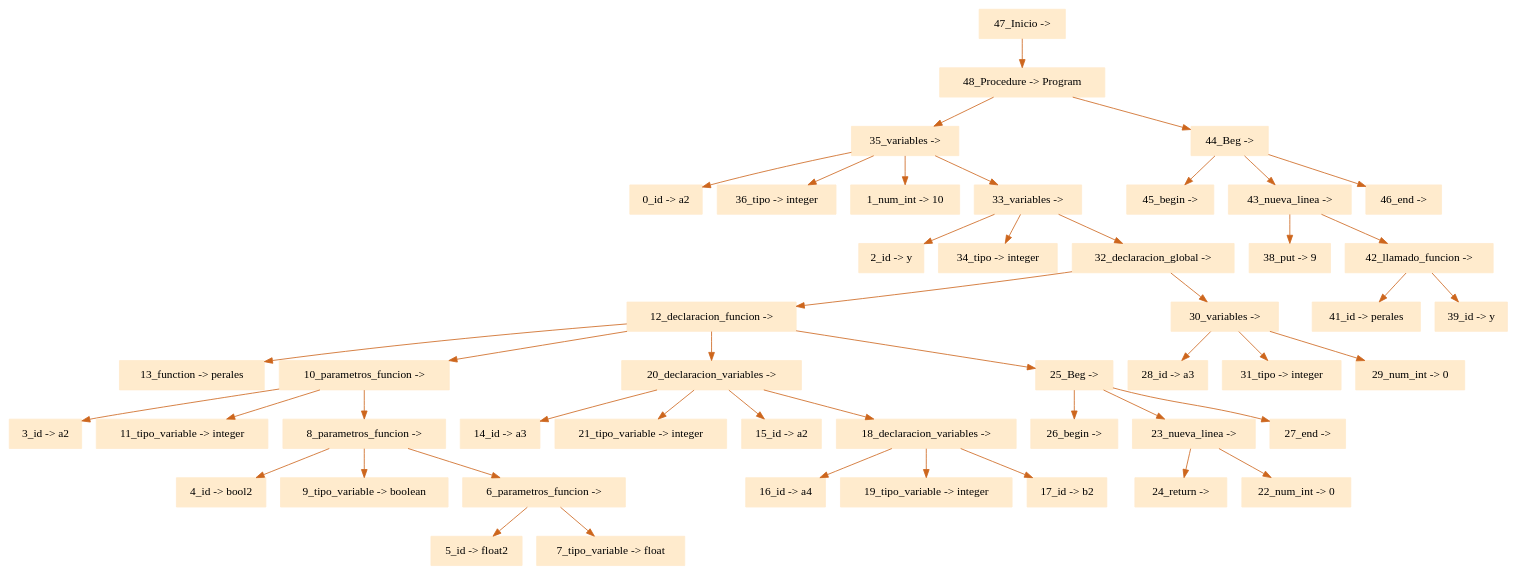
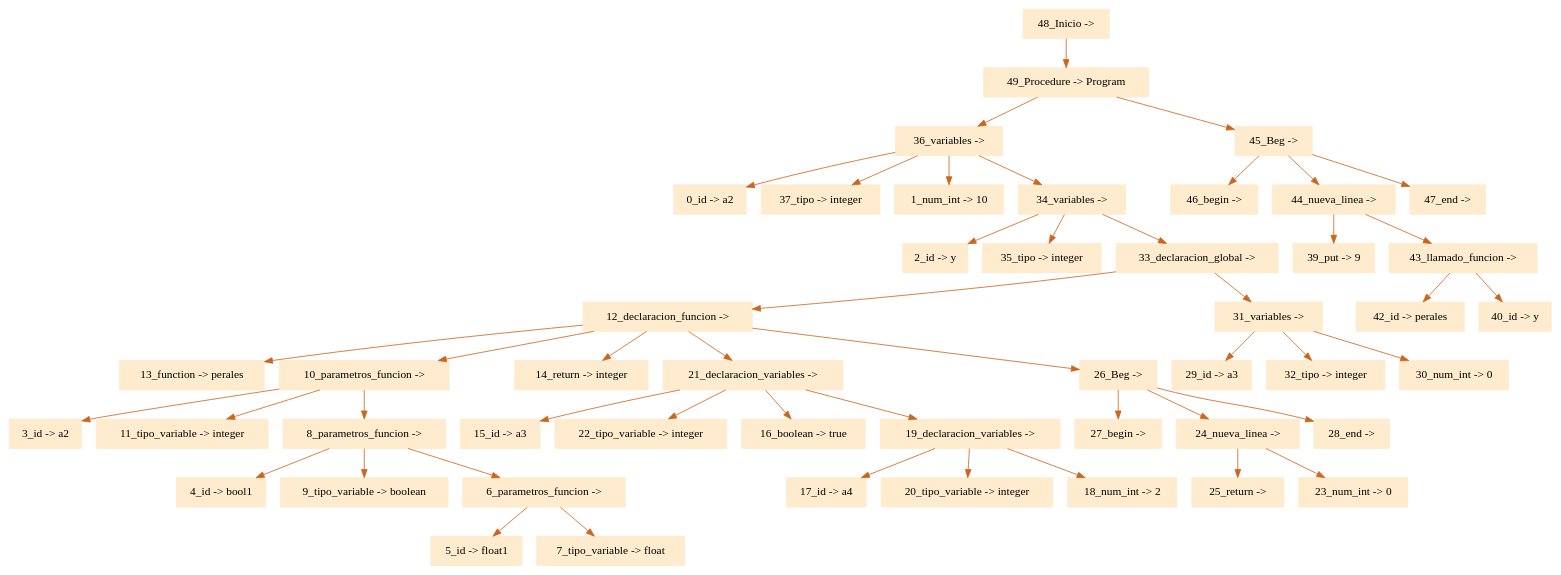
Before and after one commit to eliasgz97/Proyecto_Compiladores: the diagram in ProyectoCompiladores/arbol.dot, drawn with Graphviz. The commit also changed 5 other files, not shown here.

```diff
--- a/ProyectoCompiladores/arbol.dot
+++ b/ProyectoCompiladores/arbol.dot
@@ -1,51 +1,52 @@
 digraph G {node[shape=box, style=filled, color=blanchedalmond]; edge[color=chocolate3];rankdir=UD 
 
-"47_Inicio -> "->"48_Procedure -> Program"
-"48_Procedure -> Program"->"35_variables -> "
-"35_variables -> "->"0_id -> a2"
-"35_variables -> "->"36_tipo -> integer"
-"35_variables -> "->"1_num_int -> 10"
-"35_variables -> "->"33_variables -> "
-"33_variables -> "->"2_id -> y"
-"33_variables -> "->"34_tipo -> integer"
-"33_variables -> "->"32_declaracion_global -> "
-"32_declaracion_global -> "->"12_declaracion_funcion -> "
+"48_Inicio -> "->"49_Procedure -> Program"
+"49_Procedure -> Program"->"36_variables -> "
+"36_variables -> "->"0_id -> a2"
+"36_variables -> "->"37_tipo -> integer"
+"36_variables -> "->"1_num_int -> 10"
+"36_variables -> "->"34_variables -> "
+"34_variables -> "->"2_id -> y"
+"34_variables -> "->"35_tipo -> integer"
+"34_variables -> "->"33_declaracion_global -> "
+"33_declaracion_global -> "->"12_declaracion_funcion -> "
 "12_declaracion_funcion -> "->"13_function -> perales"
 "12_declaracion_funcion -> "->"10_parametros_funcion -> "
 "10_parametros_funcion -> "->"3_id -> a2"
 "10_parametros_funcion -> "->"11_tipo_variable -> integer"
 "10_parametros_funcion -> "->"8_parametros_funcion -> "
-"8_parametros_funcion -> "->"4_id -> bool2"
+"8_parametros_funcion -> "->"4_id -> bool1"
 "8_parametros_funcion -> "->"9_tipo_variable -> boolean"
 "8_parametros_funcion -> "->"6_parametros_funcion -> "
-"6_parametros_funcion -> "->"5_id -> float2"
+"6_parametros_funcion -> "->"5_id -> float1"
 "6_parametros_funcion -> "->"7_tipo_variable -> float"
-"12_declaracion_funcion -> "->"20_declaracion_variables -> "
-"20_declaracion_variables -> "->"14_id -> a3"
-"20_declaracion_variables -> "->"21_tipo_variable -> integer"
-"20_declaracion_variables -> "->"15_id -> a2"
-"20_declaracion_variables -> "->"18_declaracion_variables -> "
-"18_declaracion_variables -> "->"16_id -> a4"
-"18_declaracion_variables -> "->"19_tipo_variable -> integer"
-"18_declaracion_variables -> "->"17_id -> b2"
-"12_declaracion_funcion -> "->"25_Beg -> "
-"25_Beg -> "->"26_begin -> "
-"25_Beg -> "->"23_nueva_linea -> "
-"23_nueva_linea -> "->"24_return -> "
-"23_nueva_linea -> "->"22_num_int -> 0"
-"25_Beg -> "->"27_end -> "
-"32_declaracion_global -> "->"30_variables -> "
-"30_variables -> "->"28_id -> a3"
-"30_variables -> "->"31_tipo -> integer"
-"30_variables -> "->"29_num_int -> 0"
-"48_Procedure -> Program"->"44_Beg -> "
-"44_Beg -> "->"45_begin -> "
-"44_Beg -> "->"43_nueva_linea -> "
-"43_nueva_linea -> "->"38_put -> 9"
-"43_nueva_linea -> "->"42_llamado_funcion -> "
-"42_llamado_funcion -> "->"41_id -> perales"
-"42_llamado_funcion -> "->"39_id -> y"
-"44_Beg -> "->"46_end -> "
+"12_declaracion_funcion -> "->"14_return -> integer"
+"12_declaracion_funcion -> "->"21_declaracion_variables -> "
+"21_declaracion_variables -> "->"15_id -> a3"
+"21_declaracion_variables -> "->"22_tipo_variable -> integer"
+"21_declaracion_variables -> "->"16_boolean -> true"
+"21_declaracion_variables -> "->"19_declaracion_variables -> "
+"19_declaracion_variables -> "->"17_id -> a4"
+"19_declaracion_variables -> "->"20_tipo_variable -> integer"
+"19_declaracion_variables -> "->"18_num_int -> 2"
+"12_declaracion_funcion -> "->"26_Beg -> "
+"26_Beg -> "->"27_begin -> "
+"26_Beg -> "->"24_nueva_linea -> "
+"24_nueva_linea -> "->"25_return -> "
+"24_nueva_linea -> "->"23_num_int -> 0"
+"26_Beg -> "->"28_end -> "
+"33_declaracion_global -> "->"31_variables -> "
+"31_variables -> "->"29_id -> a3"
+"31_variables -> "->"32_tipo -> integer"
+"31_variables -> "->"30_num_int -> 0"
+"49_Procedure -> Program"->"45_Beg -> "
+"45_Beg -> "->"46_begin -> "
+"45_Beg -> "->"44_nueva_linea -> "
+"44_nueva_linea -> "->"39_put -> 9"
+"44_nueva_linea -> "->"43_llamado_funcion -> "
+"43_llamado_funcion -> "->"42_id -> perales"
+"43_llamado_funcion -> "->"40_id -> y"
+"45_Beg -> "->"47_end -> "
 
 
 }
```
